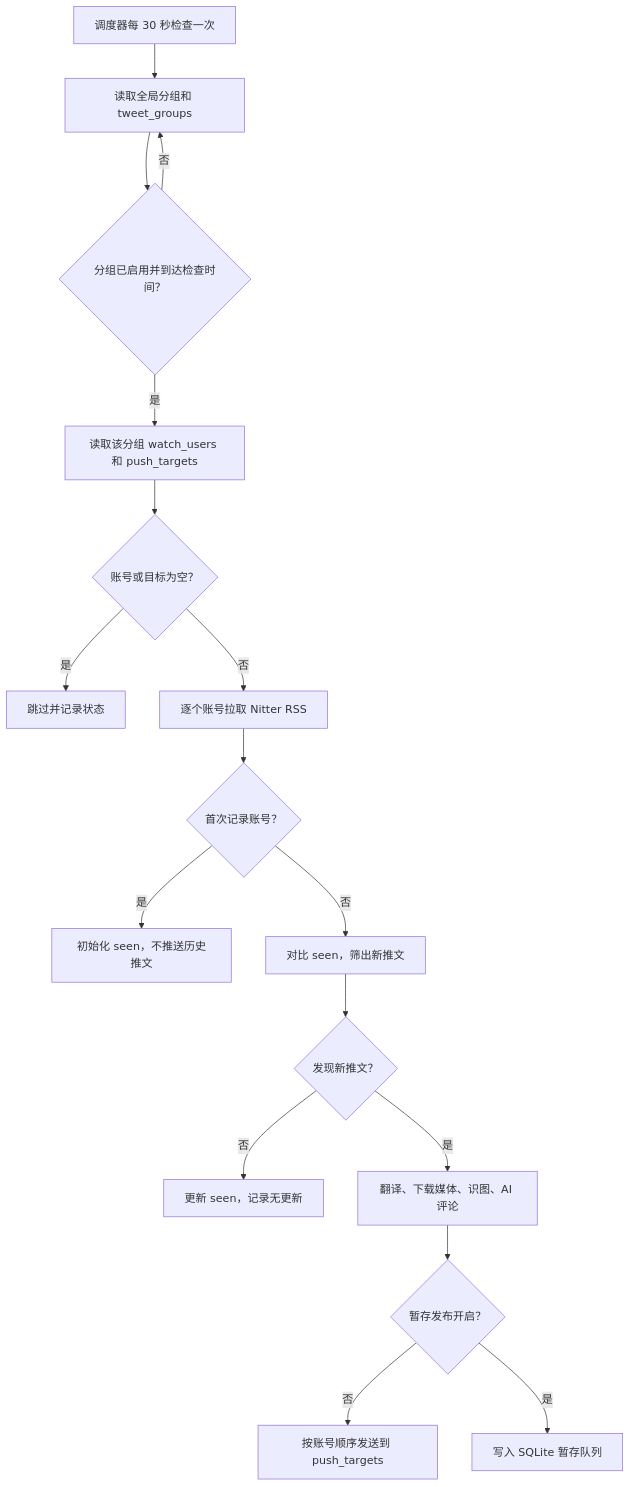
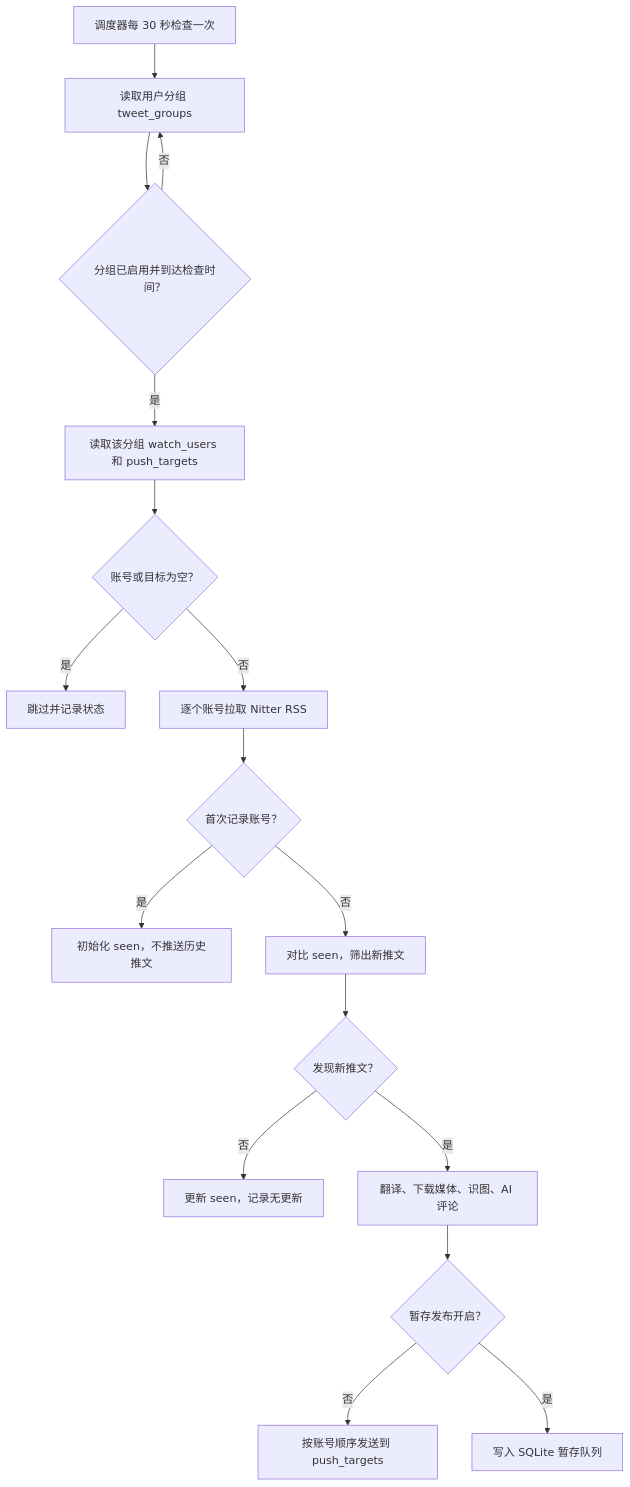
Before and after one commit to shitianyaa/astrbot_plugin_nitter_tweets: the first of 3 diagrams in README.md, drawn with Mermaid. The commit also changed other lines of this file and 20 other files, not shown here.

````diff
--- a/README.md
+++ b/README.md
@@ -92,19 +95,19 @@
 ```mermaid
 flowchart TD
-    A["调度器每 30 秒检查一次"] --> B["读取全局分组和 tweet_groups"]
+    A["调度器每 30 秒检查一次"] --> B["读取用户分组 tweet_groups"]
     B --> C{"分组已启用并到达检查时间？"}
     C -->|否| B
     C -->|是| D["读取该分组 watch_users 和 push_targets"]
     D --> E{"账号或目标为空？"}
     E -->|是| F["跳过并记录状态"]
     E -->|否| G["逐个账号拉取 Nitter RSS"]
     G --> H{"首次记录账号？"}
     H -->|是| I["初始化 seen，不推送历史推文"]
     H -->|否| J["对比 seen，筛出新推文"]
     J --> K{"发现新推文？"}
     K -->|否| L["更新 seen，记录无更新"]
     K -->|是| M["翻译、下载媒体、识图、AI 评论"]
     M --> N{"暂存发布开启？"}
     N -->|否| O["按账号顺序发送到 push_targets"]
     N -->|是| P["写入 SQLite 暂存队列"]
 ```
````
